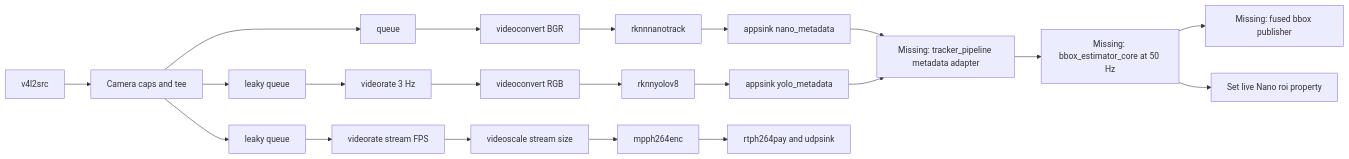
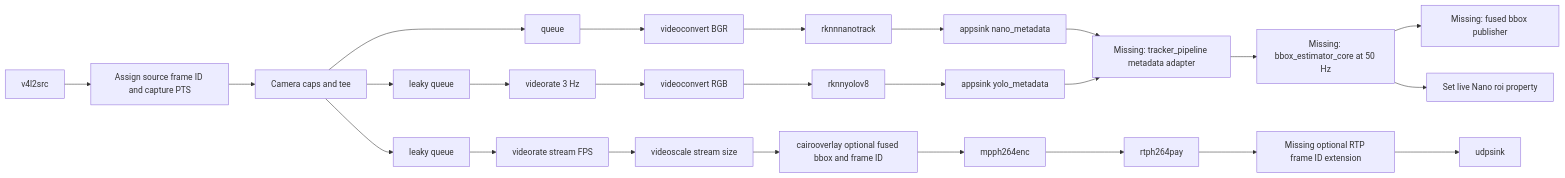
One commit to robobe/tracking_pipe changed the diagram in REAL_PIPELINE.md. Above: the diagram before and after it, drawn with Mermaid. The commit also changed other lines of this file, not shown here.

Commit message:
Add video overlay and frame synchronization design

````diff
--- a/REAL_PIPELINE.md
+++ b/REAL_PIPELINE.md
@@ -5,26 +5,30 @@
 ```mermaid
 flowchart LR
-    CAM[v4l2src] --> CONVERT[Camera caps and tee]
+    CAM[v4l2src] --> STAMP[Assign source frame ID and capture PTS]
+    STAMP --> CONVERT[Camera caps and tee]
     CONVERT --> NQ[queue]
     NQ --> NCONV[videoconvert BGR]
     NCONV --> NANO[rknnnanotrack]
     NANO --> NSINK[appsink nano_metadata]
 
     CONVERT --> YQ[leaky queue]
     YQ --> YRATE[videorate 3 Hz]
     YRATE --> YCONV[videoconvert RGB]
     YCONV --> YOLO[rknnyolov8]
     YOLO --> YSINK[appsink yolo_metadata]
 
     NSINK --> MISSING1[Missing: tracker_pipeline metadata adapter]
     YSINK --> MISSING1
     MISSING1 --> MISSING2[Missing: bbox_estimator_core at 50 Hz]
     MISSING2 --> OUT[Missing: fused bbox publisher]
     MISSING2 --> RETRACK[Set live Nano roi property]
 
     CONVERT --> VQ[leaky queue]
     VQ --> VRATE[videorate stream FPS]
     VRATE --> VSCALE[videoscale stream size]
-    VSCALE --> ENC[mpph264enc]
-    ENC --> RTP[rtph264pay and udpsink]
+    VSCALE --> OVERLAY[cairooverlay optional fused bbox and frame ID]
+    OVERLAY --> ENC[mpph264enc]
+    ENC --> RTP[rtph264pay]
+    RTP --> FRAMEID[Missing optional RTP frame ID extension]
+    FRAMEID --> UDP[udpsink]
 ```
````
